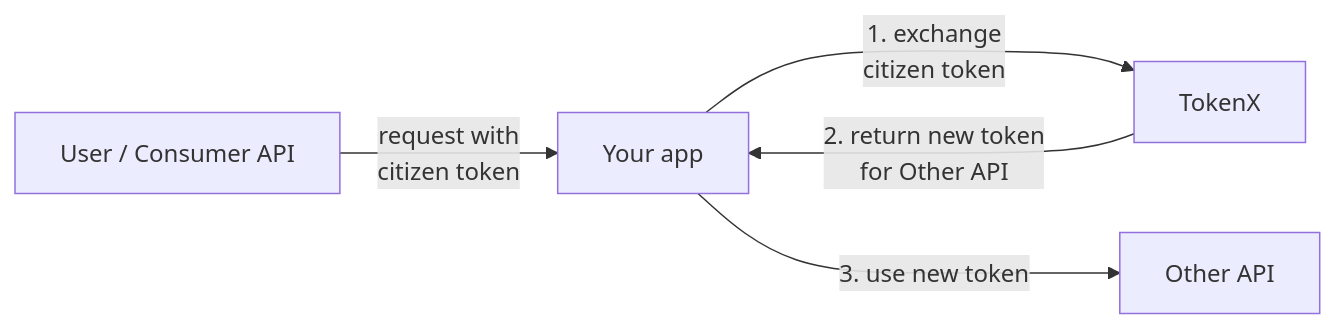
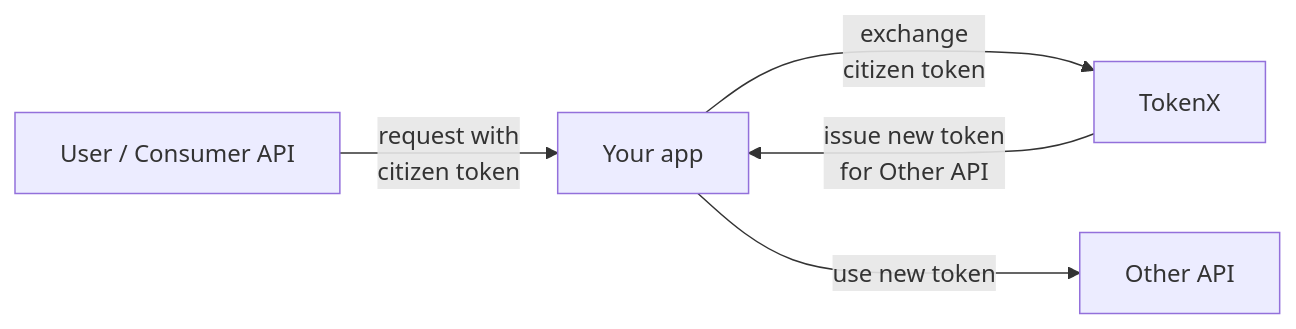
Before and after one commit to nais/doc: the diagram in docs/auth/tokenx/README.md, drawn with Mermaid. The commit also changed 3 other files, not shown here.

First line of the commit message:
auth: fix mermaid diagrams

````diff
--- a/docs/auth/tokenx/README.md
+++ b/docs/auth/tokenx/README.md
@@ -21,7 +21,10 @@
 ```mermaid
 graph LR
-  Consumer["User / Consumer API"] --"request with\ncitizen token"--> Application[Your app]
-  Application --1. exchange \ncitizen token---> TokenX
-  TokenX --2. return new token\nfor Other API---> Application
-  Application --3. use new token---> Other["Other API"]
+  Consumer["User / Consumer API"] -- "`request with
+  citizen token`" --> Application[Your app]
+  Application -- "`exchange
+  citizen token`" ---> TokenX
+  TokenX -- "`issue new token
+  for Other API`" ---> Application
+  Application -- use new token ---> Other["Other API"]
 ```
````
